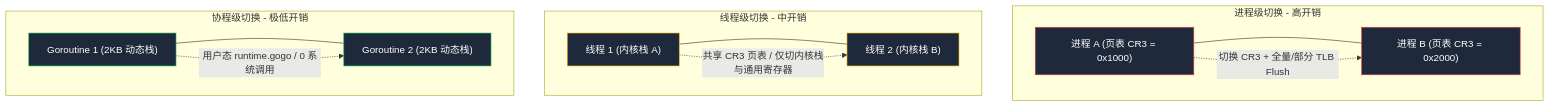
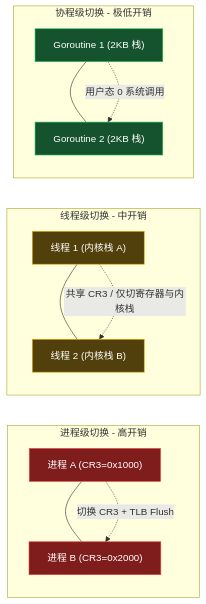
Before and after one commit to MoreConsequence/MoreConsequence.github.io: the fourth of 5 diagrams in content/posts/understanding-context-switching-from-cpu-to-goroutines.md, drawn with Mermaid. The commit also changed other lines of this file and 38 other files, not shown here.

First line of the commit message:
feat(blog): 新增 9 篇深度技术文章并全面扩写全部 14 篇博客，重构 Mermaid 渲染器

````diff
--- a/content/posts/understanding-context-switching-from-cpu-to-goroutines.md
+++ b/content/posts/understanding-context-switching-from-cpu-to-goroutines.md
@@ -236,24 +203,27 @@
 ```mermaid
-graph TD
+graph LR
     subgraph ProcessLevel["进程级切换 - 高开销"]
-        P1["进程 A (页表 CR3 = 0x1000)"] --- P2["进程 B (页表 CR3 = 0x2000)"]
-        P1 -.->|切换 CR3 + 全量/部分 TLB Flush| P2
+        direction TB
+        P1["进程 A (CR3=0x1000)"] --- P2["进程 B (CR3=0x2000)"]
+        P1 -.->|切换 CR3 + TLB Flush| P2
     end
 
     subgraph ThreadLevel["线程级切换 - 中开销"]
+        direction TB
         T1["线程 1 (内核栈 A)"] --- T2["线程 2 (内核栈 B)"]
-        T1 -.->|共享 CR3 页表 / 仅切内核栈与通用寄存器| T2
+        T1 -.->|共享 CR3 / 仅切寄存器与内核栈| T2
     end
 
     subgraph GoroutineLevel["协程级切换 - 极低开销"]
-        G1["Goroutine 1 (2KB 动态栈)"] --- G2["Goroutine 2 (2KB 动态栈)"]
-        G1 -.->|用户态 runtime.gogo / 0 系统调用| G2
+        direction TB
+        G1["Goroutine 1 (2KB 栈)"] --- G2["Goroutine 2 (2KB 栈)"]
+        G1 -.->|用户态 0 系统调用| G2
     end
 
-    style P1 fill:#1e293b,stroke:#ef4444,color:#fff
-    style P2 fill:#1e293b,stroke:#ef4444,color:#fff
-    style T1 fill:#1e293b,stroke:#eab308,color:#fff
-    style T2 fill:#1e293b,stroke:#eab308,color:#fff
-    style G1 fill:#1e293b,stroke:#22c55e,color:#fff
-    style G2 fill:#1e293b,stroke:#22c55e,color:#fff
+    style P1 fill:#7f1d1d,stroke:#ef4444,color:#fff
+    style P2 fill:#7f1d1d,stroke:#ef4444,color:#fff
+    style T1 fill:#52400c,stroke:#eab308,color:#fff
+    style T2 fill:#52400c,stroke:#eab308,color:#fff
+    style G1 fill:#14532d,stroke:#22c55e,color:#fff
+    style G2 fill:#14532d,stroke:#22c55e,color:#fff
 ```
````
